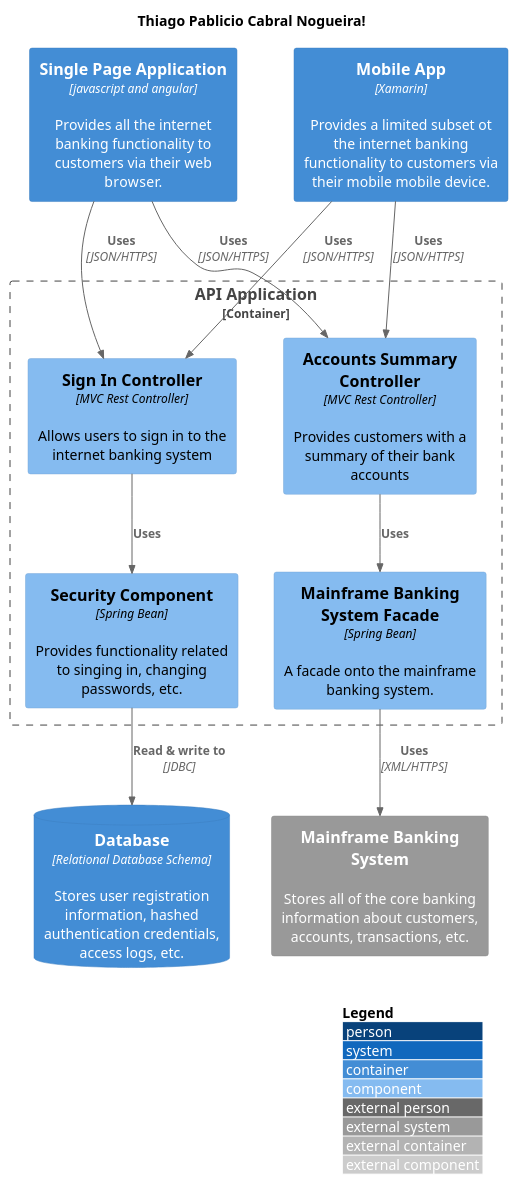
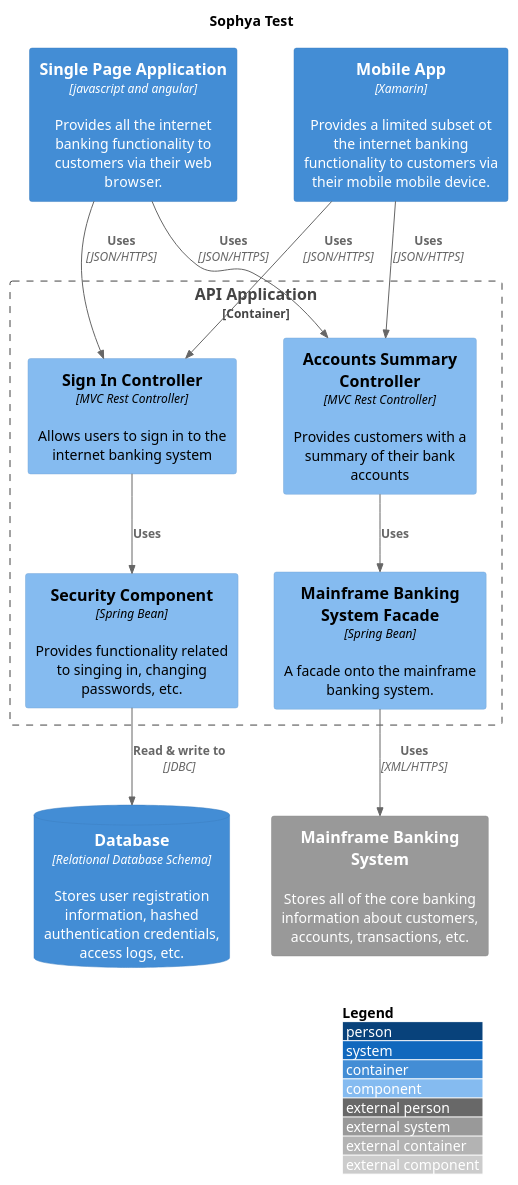
One commit to pablicio/sophya changed the diagram in sophya-docs/code/diagram1.puml. Above: the diagram before and after it, drawn with PlantUML. The commit also changed 4 other files, not shown here.

Commit message:
Fix docs flow

```diff
--- a/sophya-docs/code/diagram1.puml
+++ b/sophya-docs/code/diagram1.puml
@@ -1,33 +1,34 @@
 @startuml
 !include https://raw.githubusercontent.com/plantuml-stdlib/C4-PlantUML/master/C4_Component.puml
 ' uncomment the following line and comment the first to use locally
 ' !include C4_Component.puml
 
 LAYOUT_WITH_LEGEND()
 
-title Thiago Pablicio Cabral Nogueira!
+
+title Sophya Test
 
 Container(spa, "Single Page Application", "javascript and angular", "Provides all the internet banking functionality to customers via their web browser.")
 Container(ma, "Mobile App", "Xamarin", "Provides a limited subset ot the internet banking functionality to customers via their mobile mobile device.")
 ContainerDb(db, "Database", "Relational Database Schema", "Stores user registration information, hashed authentication credentials, access logs, etc.")
 System_Ext(mbs, "Mainframe Banking System", "Stores all of the core banking information about customers, accounts, transactions, etc.")
 
 Container_Boundary(api, "API Application") {
     Component(sign, "Sign In Controller", "MVC Rest Controller", "Allows users to sign in to the internet banking system")
     Component(accounts, "Accounts Summary Controller", "MVC Rest Controller", "Provides customers with a summary of their bank accounts")
     Component(security, "Security Component", "Spring Bean", "Provides functionality related to singing in, changing passwords, etc.")
     Component(mbsfacade, "Mainframe Banking System Facade", "Spring Bean", "A facade onto the mainframe banking system.")
 
 
     Rel(sign, security, "Uses")
     Rel(accounts, mbsfacade, "Uses")
     Rel(security, db, "Read & write to", "JDBC")
     Rel(mbsfacade, mbs, "Uses", "XML/HTTPS")
 }
 
 Rel(spa, sign, "Uses", "JSON/HTTPS")
 Rel(spa, accounts, "Uses", "JSON/HTTPS")
 
 Rel(ma, sign, "Uses", "JSON/HTTPS")
 Rel(ma, accounts, "Uses", "JSON/HTTPS")
 @enduml
```
